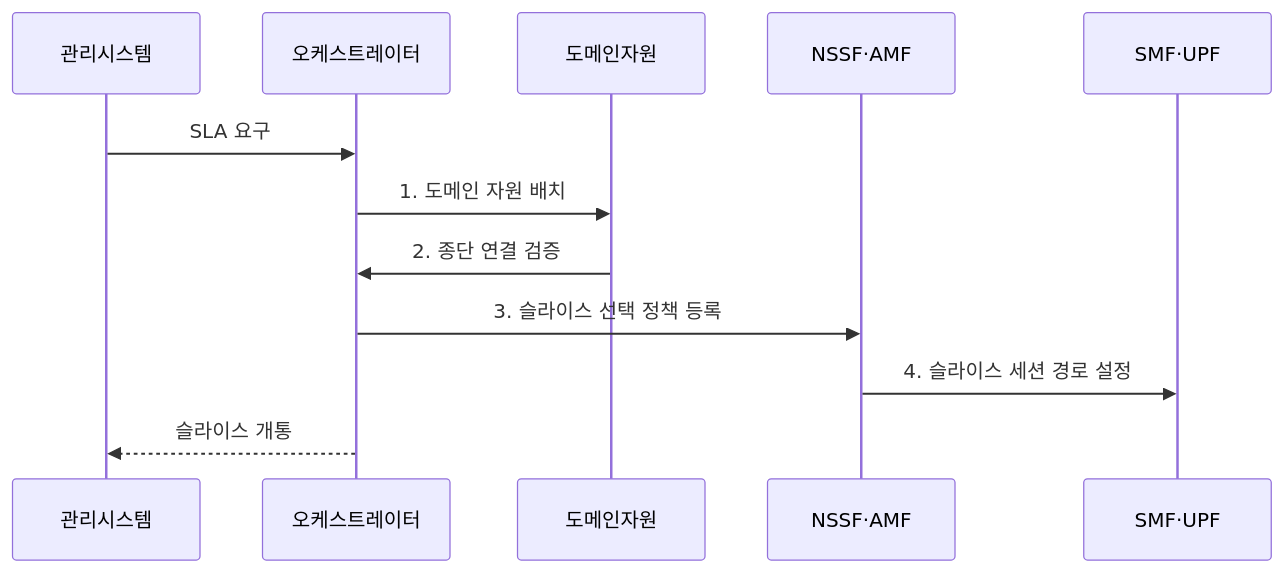
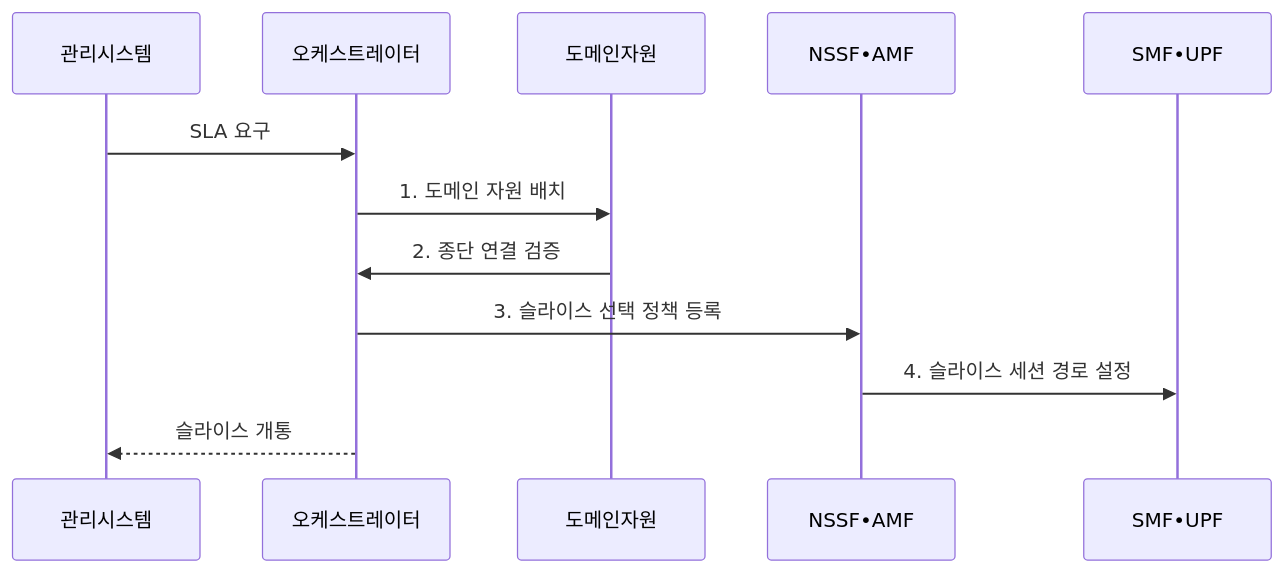
Before and after one commit to agnusdei1207/knowledge-base: the second of 2 diagrams in src/content/docs/notes/04-network/039_5g_network_slicing.md, drawn with Mermaid. The commit also changed other lines of this file and 953 other files, not shown here.

````diff
--- a/src/content/docs/notes/04-network/039_5g_network_slicing.md
+++ b/src/content/docs/notes/04-network/039_5g_network_slicing.md
@@ -103,14 +103,14 @@
 ```mermaid
 sequenceDiagram
     participant 관리시스템
     participant 오케스트레이터
     participant 도메인자원
-    participant NSSF·AMF
-    participant SMF·UPF
+    participant NSSF•AMF
+    participant SMF•UPF
     관리시스템->>오케스트레이터: SLA 요구
     오케스트레이터->>도메인자원: 1. 도메인 자원 배치
     도메인자원->>오케스트레이터: 2. 종단 연결 검증
-    오케스트레이터->>NSSF·AMF: 3. 슬라이스 선택 정책 등록
-    NSSF·AMF->>SMF·UPF: 4. 슬라이스 세션 경로 설정
+    오케스트레이터->>NSSF•AMF: 3. 슬라이스 선택 정책 등록
+    NSSF•AMF->>SMF•UPF: 4. 슬라이스 세션 경로 설정
     오케스트레이터-->>관리시스템: 슬라이스 개통
 ```
````
